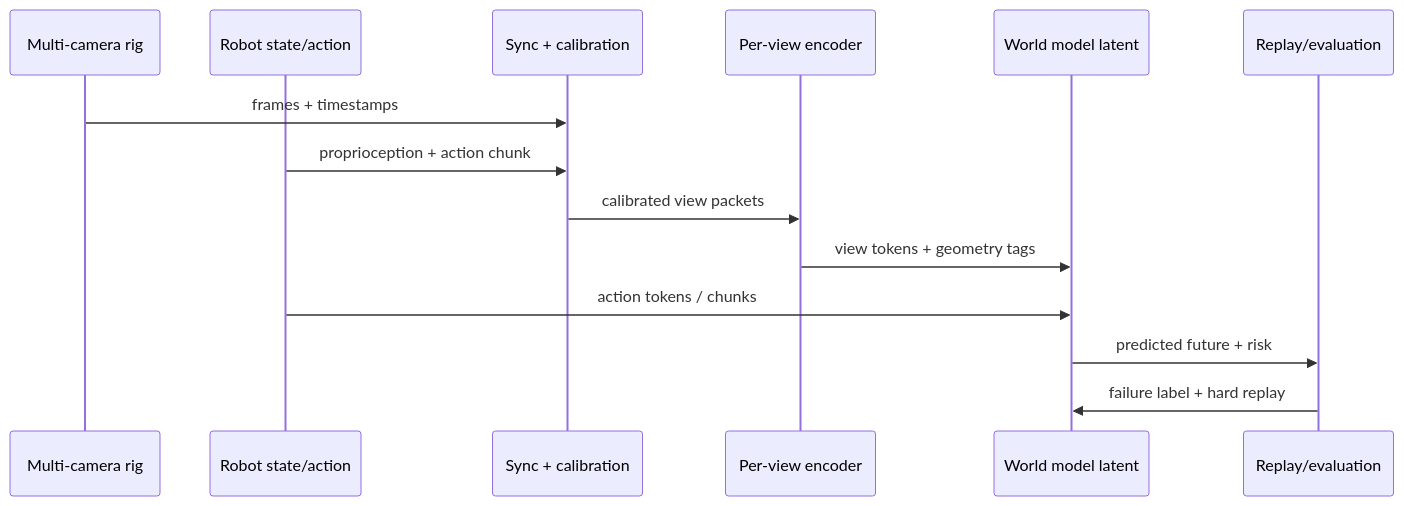
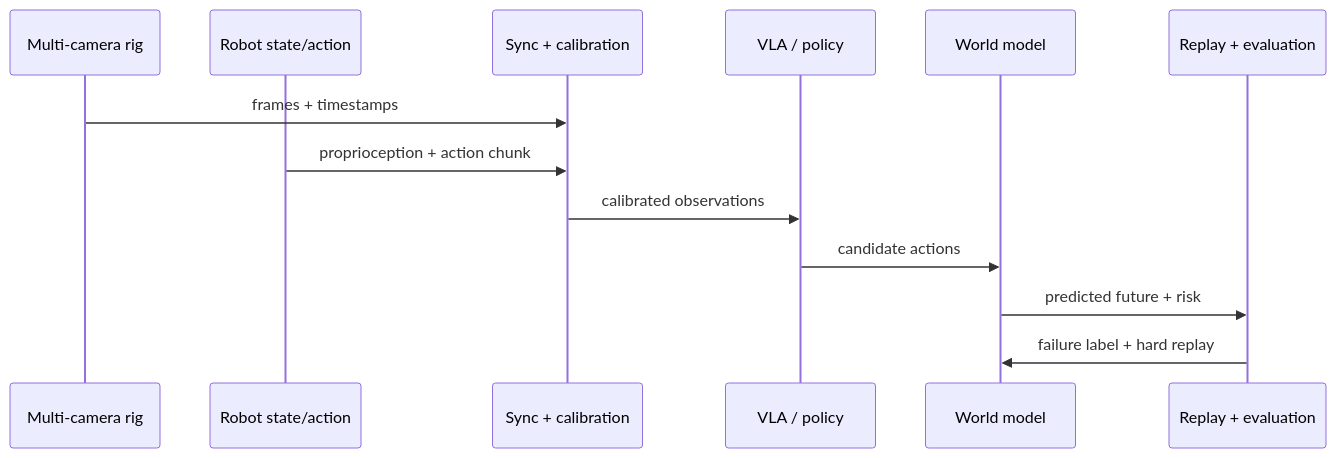
The diagram in files/embodied-ai/vla-data-model-and-evaluation-roadmap.md (Charles2530/Charles-AI-notes), drawn with Mermaid before and after one commit. The commit also changed other lines of this file and 437 other files, not shown here.

````diff
--- a/files/embodied-ai/vla-data-model-and-evaluation-roadmap.md
+++ b/files/embodied-ai/vla-data-model-and-evaluation-roadmap.md
@@ -22,16 +15,15 @@
 ```mermaid
 sequenceDiagram
     participant Cam as Multi-camera rig
     participant Robot as Robot state/action
     participant Sync as Sync + calibration
-    participant VLM as Per-view encoder
-    participant WM as World model latent
-    participant Eval as Replay/evaluation
+    participant VLA as VLA / policy
+    participant WM as World model
+    participant Eval as Replay + evaluation
     Cam->>Sync: frames + timestamps
     Robot->>Sync: proprioception + action chunk
-    Sync->>VLM: calibrated view packets
-    VLM->>WM: view tokens + geometry tags
-    Robot->>WM: action tokens / chunks
+    Sync->>VLA: calibrated observations
+    VLA->>WM: candidate actions
     WM->>Eval: predicted future + risk
     Eval->>WM: failure label + hard replay
 ```
````
